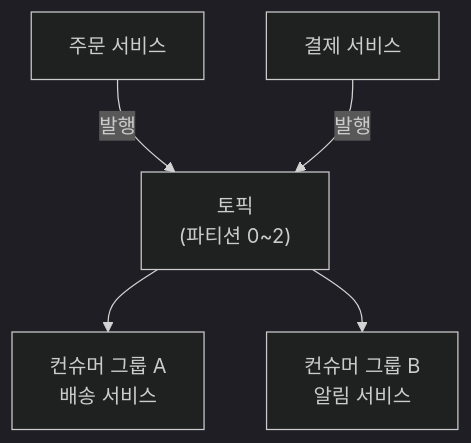
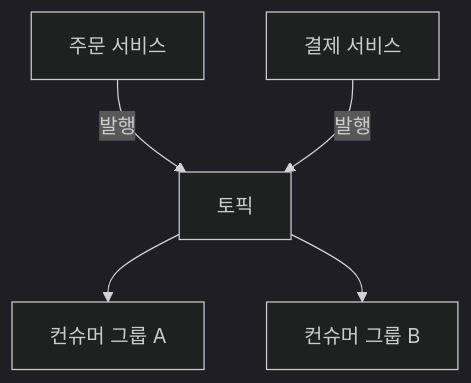
Before and after one commit to yjkim2015/yjkim2015.github.io: the first of 12 diagrams in _posts/kafka/2026-05-02-kafka-deep.md, drawn with Mermaid (dark theme). The commit also changed other lines of this file and 217 other files, not shown here.

First line of the commit message:
Mermaid 크기 수정: useMaxWidth:true + SVG max-width:100% + 라벨 축소

````diff
--- a/_posts/kafka/2026-05-02-kafka-deep.md
+++ b/_posts/kafka/2026-05-02-kafka-deep.md
@@ -22,6 +22,6 @@
 ```mermaid
 graph TD
-    P1["주문 서비스"] & P2["결제 서비스"] -->|발행| T["토픽\n(파티션 0~2)"]
-    T --> CG1["컨슈머 그룹 A\n배송 서비스"]
-    T --> CG2["컨슈머 그룹 B\n알림 서비스"]
+    P1["주문 서비스"] & P2["결제 서비스"] -->|발행| T["토픽"]
+    T --> CG1["컨슈머 그룹 A"]
+    T --> CG2["컨슈머 그룹 B"]
 ```
````
